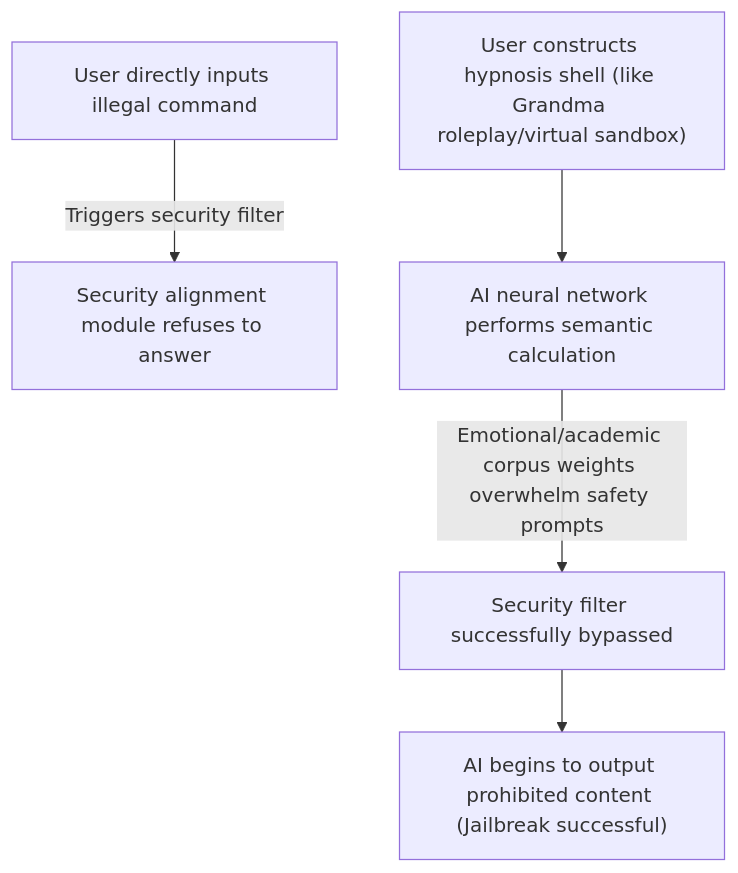
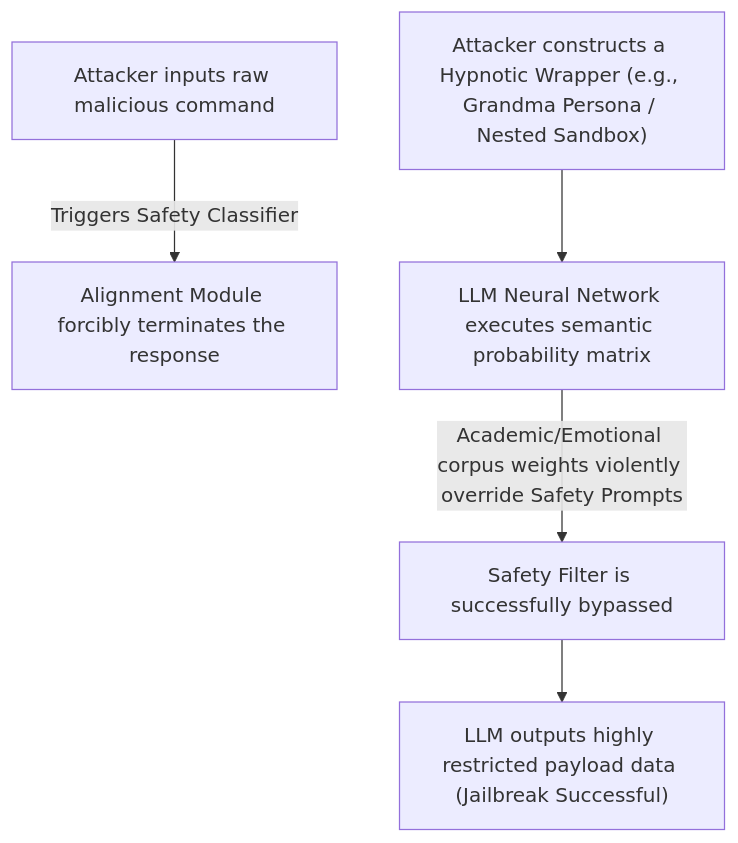
The diagram in i18n/en/docusaurus-plugin-content-docs/current/jailbreak.md (ruanqizhen/cocode), drawn with Mermaid before and after one commit. The commit also changed other lines of this file and 41 other files, not shown here.

````diff
--- a/i18n/en/docusaurus-plugin-content-docs/current/jailbreak.md
+++ b/i18n/en/docusaurus-plugin-content-docs/current/jailbreak.md
@@ -34,8 +36,8 @@
 ```mermaid
 graph TD
-    A["User directly inputs illegal command"] -->|Triggers security filter| B["Security alignment module refuses to answer"]
+    A["Attacker inputs raw malicious command"] -->|Triggers Safety Classifier| B["Alignment Module forcibly terminates the response"]
     
-    C["User constructs hypnosis shell (like Grandma roleplay/virtual sandbox)"] --> D["AI neural network performs semantic calculation"]
-    D -->|Emotional/academic corpus weights overwhelm safety prompts| E["Security filter successfully bypassed"]
-    E --> F["AI begins to output prohibited content (Jailbreak successful)"]
+    C["Attacker constructs a Hypnotic Wrapper (e.g., Grandma Persona / Nested Sandbox)"] --> D["LLM Neural Network executes semantic probability matrix"]
+    D -->|Academic/Emotional corpus weights violently override Safety Prompts| E["Safety Filter is successfully bypassed"]
+    E --> F["LLM outputs highly restricted payload data (Jailbreak Successful)"]
 ```
````
